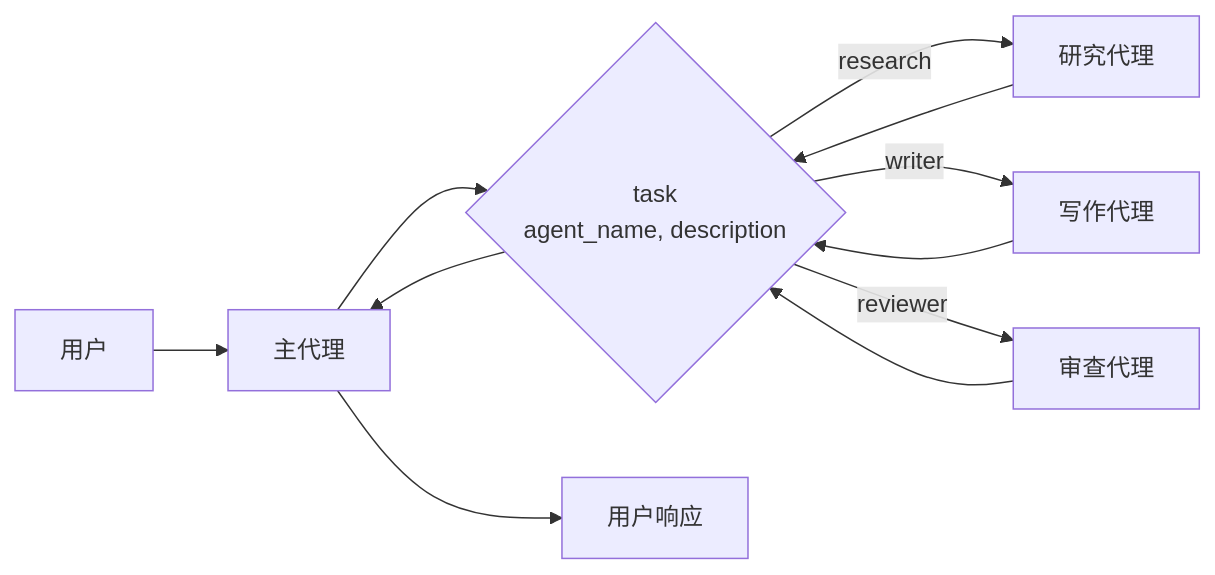
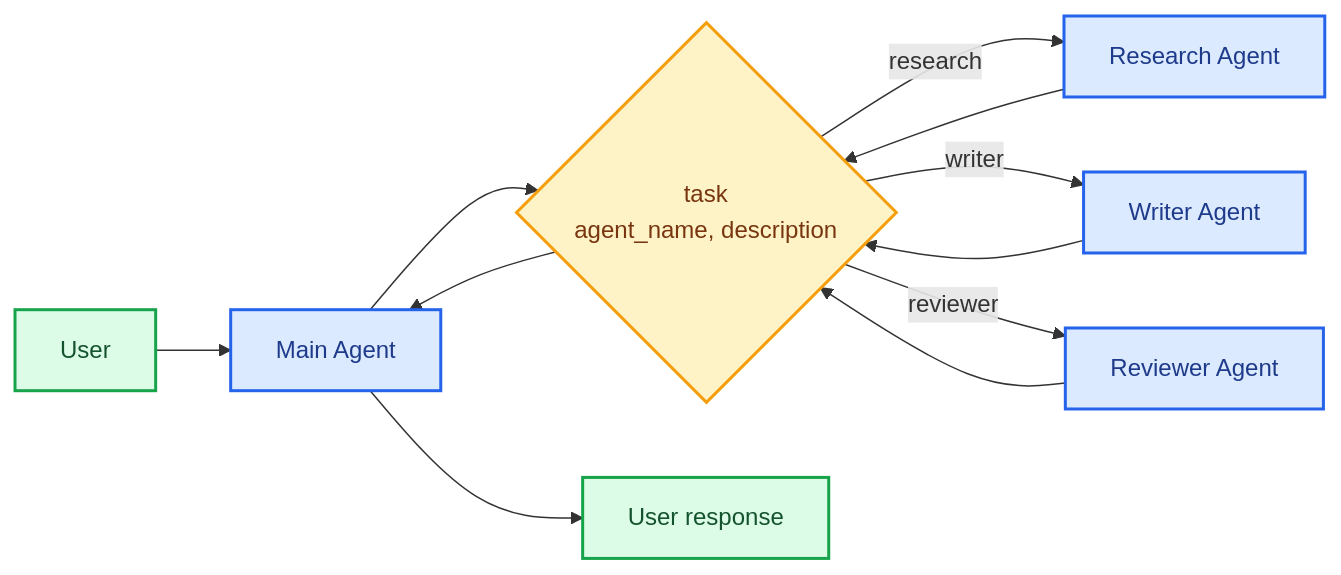
Before and after one commit to kunfan96/cndocs-langchain: the fifth of 5 diagrams in oss/python/langchain/multi-agent/subagents.mdx, drawn with Mermaid. The commit also changed other lines of this file and 2611 other files, not shown here.

````diff
--- a/oss/python/langchain/multi-agent/subagents.mdx
+++ b/oss/python/langchain/multi-agent/subagents.mdx
@@ -220,13 +232,21 @@
 ```mermaid
 graph LR
-    A[用户] --> B[主代理]
+    A[User] --> B[Main Agent]
     B --> C{task<br/>agent_name, description}
-    C -->|research| D[研究代理]
-    C -->|writer| E[写作代理]
-    C -->|reviewer| F[审查代理]
+    C -->|research| D[Research Agent]
+    C -->|writer| E[Writer Agent]
+    C -->|reviewer| F[Reviewer Agent]
     D --> C
     E --> C
     F --> C
     C --> B
-    B --> G[用户响应]
+    B --> G[User response]
+
+    classDef trigger fill:#DCFCE7,stroke:#16A34A,stroke-width:2px,color:#14532D
+    classDef process fill:#DBEAFE,stroke:#2563EB,stroke-width:2px,color:#1E3A8A
+    classDef decision fill:#FEF3C7,stroke:#F59E0B,stroke-width:2px,color:#78350F
+
+    class A,G trigger
+    class B,D,E,F process
+    class C decision
 ```
````
